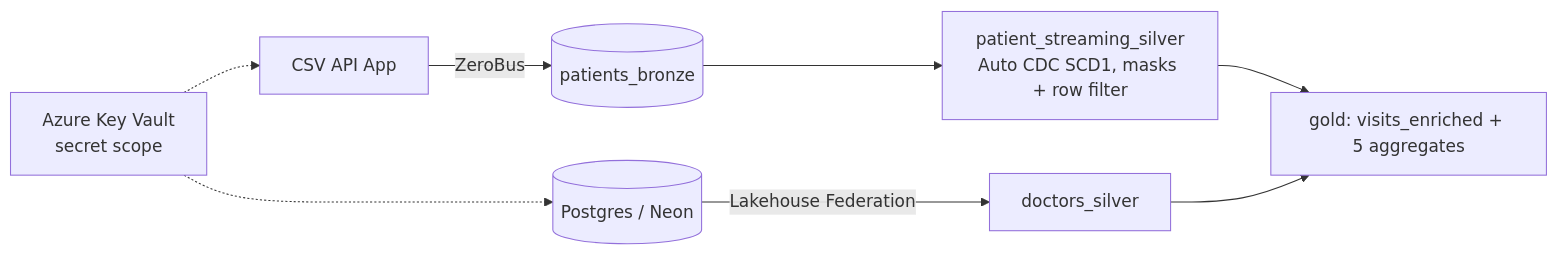
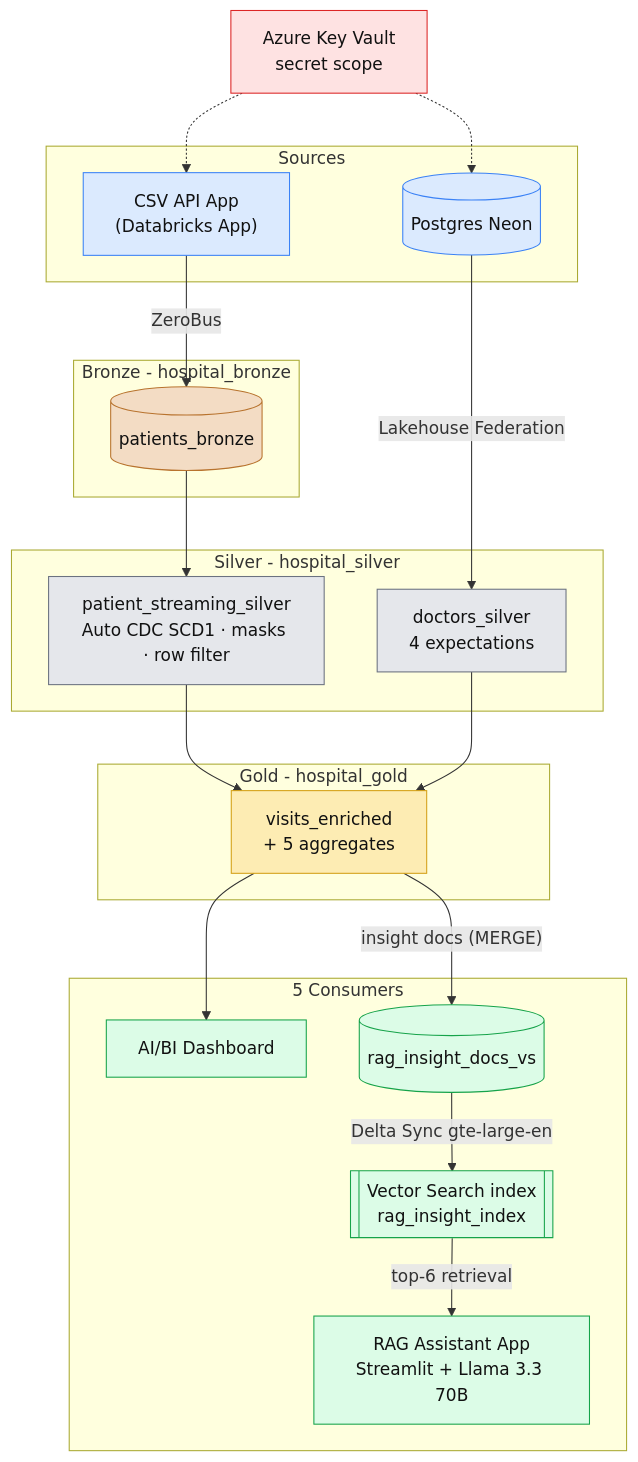
One commit to l3chster/MedFlow_Lakehouse changed the diagram in README.md. Above: the diagram before and after it, drawn with Mermaid. The commit also changed other lines of this file and 3 other files, not shown here.

````diff
--- a/README.md
+++ b/README.md
@@ -16,10 +17,52 @@
 ```mermaid
-flowchart LR
-    A[CSV API App] -->|ZeroBus| B1[(patients_bronze)]
-    P[(Postgres / Neon)] -->|Lakehouse Federation| S2[doctors_silver]
-    B1 --> S1[patient_streaming_silver<br/>Auto CDC SCD1, masks + row filter]
-    S1 --> G[gold: visits_enriched + 5 aggregates]
-    S2 --> G
-    KV[Azure Key Vault<br/>secret scope] -.-> P
-    KV -.-> A
+flowchart TB
+    KV[" Azure Key Vault<br/>secret scope"]
+
+    subgraph SRC["  Sources"]
+        A["CSV API App<br/>(Databricks App)"]
+        P[("Postgres  Neon")]
+    end
+
+    subgraph BRZ["   Bronze - hospital_bronze"]
+        B1[("patients_bronze")]
+    end
+
+    subgraph SLV["  Silver - hospital_silver"]
+        S1["patient_streaming_silver<br/>Auto CDC SCD1 · masks · row filter"]
+        S2["doctors_silver<br/>4 expectations"]
+    end
+
+    subgraph GLD["  Gold - hospital_gold"]
+        G["visits_enriched<br/>+ 5 aggregates"]
+    end
+
+    subgraph USE["5  Consumers"]
+        DB[" AI/BI Dashboard"]
+        D[("rag_insight_docs_vs")]
+        V[["Vector Search index<br/>rag_insight_index"]]
+        R[" RAG Assistant App<br/>Streamlit + Llama 3.3 70B"]
+    end
+
+    KV -.-> A & P
+    A -->|ZeroBus| B1
+    P -->|Lakehouse Federation| S2
+    B1 --> S1
+    S1 & S2 --> G
+    G --> DB
+    G -->|"insight docs (MERGE)"| D
+    D -->|"Delta Sync  gte-large-en"| V
+    V -->|"top-6 retrieval"| R
+
+    classDef src fill:#dbeafe,stroke:#3b82f6,color:#111
+    classDef bronze fill:#f3dcc4,stroke:#b8732e,color:#111
+    classDef silver fill:#e5e7eb,stroke:#6b7280,color:#111
+    classDef gold fill:#fdecb3,stroke:#d4a017,color:#111
+    classDef use fill:#dcfce7,stroke:#16a34a,color:#111
+    classDef sec fill:#fee2e2,stroke:#dc2626,color:#111
+    class A,P src
+    class B1 bronze
+    class S1,S2 silver
+    class G gold
+    class DB,D,V,R use
+    class KV sec
 ```
````
